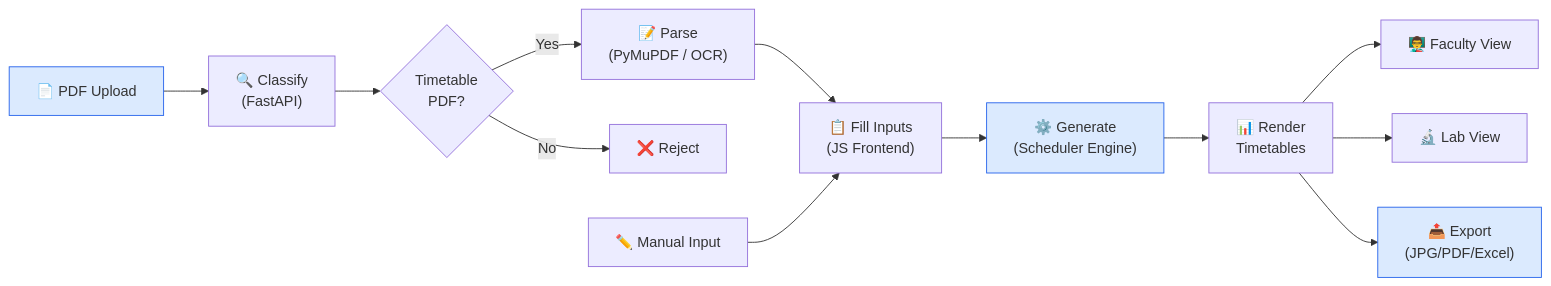
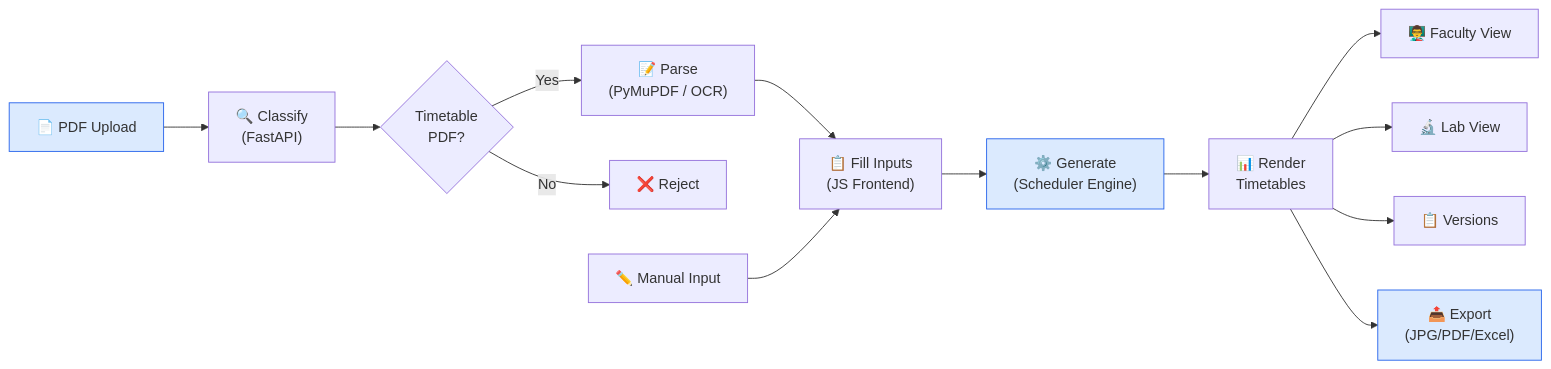
Before and after one commit to Programmer-3016/timetable-generator: the diagram in README.md, drawn with Mermaid. The commit also changed other lines of this file and 5 other files, not shown here.

````diff
--- a/README.md
+++ b/README.md
@@ -42,18 +43,19 @@
 ```mermaid
 flowchart LR
     A["📄 PDF Upload"] --> B["🔍 Classify\n(FastAPI)"]
     B --> C{"Timetable\nPDF?"}
     C -- Yes --> D["📝 Parse\n(PyMuPDF / OCR)"]
     C -- No --> E["❌ Reject"]
     D --> F["📋 Fill Inputs\n(JS Frontend)"]
     G["✏️ Manual Input"] --> F
     F --> H["⚙️ Generate\n(Scheduler Engine)"]
     H --> I["📊 Render\nTimetables"]
     I --> J["👨‍🏫 Faculty View"]
     I --> K["🔬 Lab View"]
+    I --> M["📋 Versions"]
     I --> L["📤 Export\n(JPG/PDF/Excel)"]
 
     style A fill:#dbeafe,stroke:#2563eb
     style H fill:#dbeafe,stroke:#2563eb
     style L fill:#dbeafe,stroke:#2563eb
 ```
````
